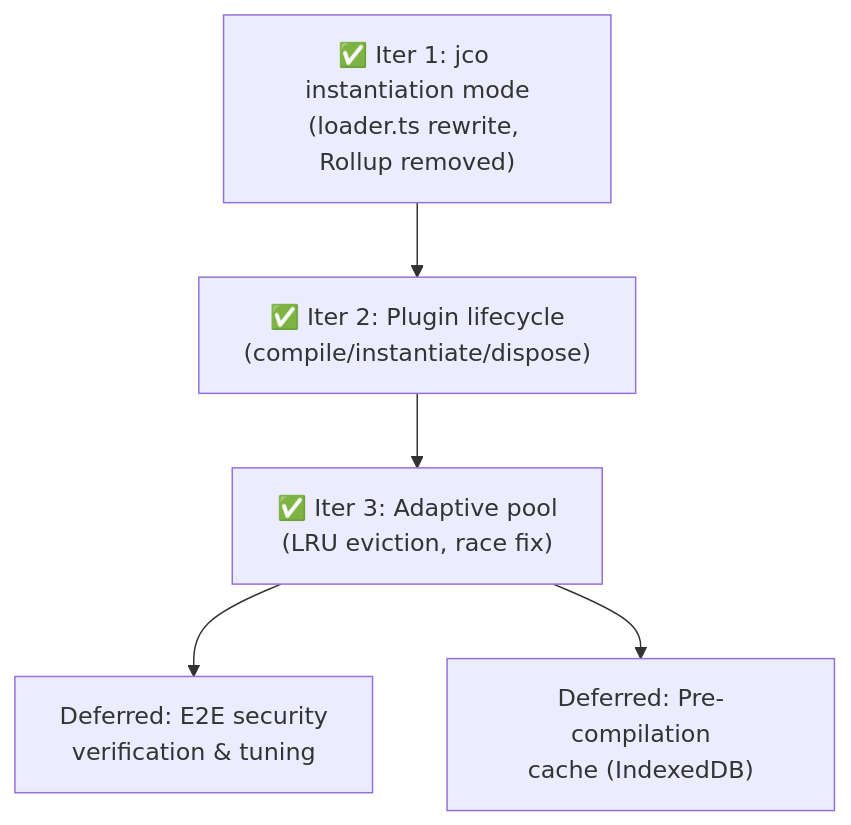
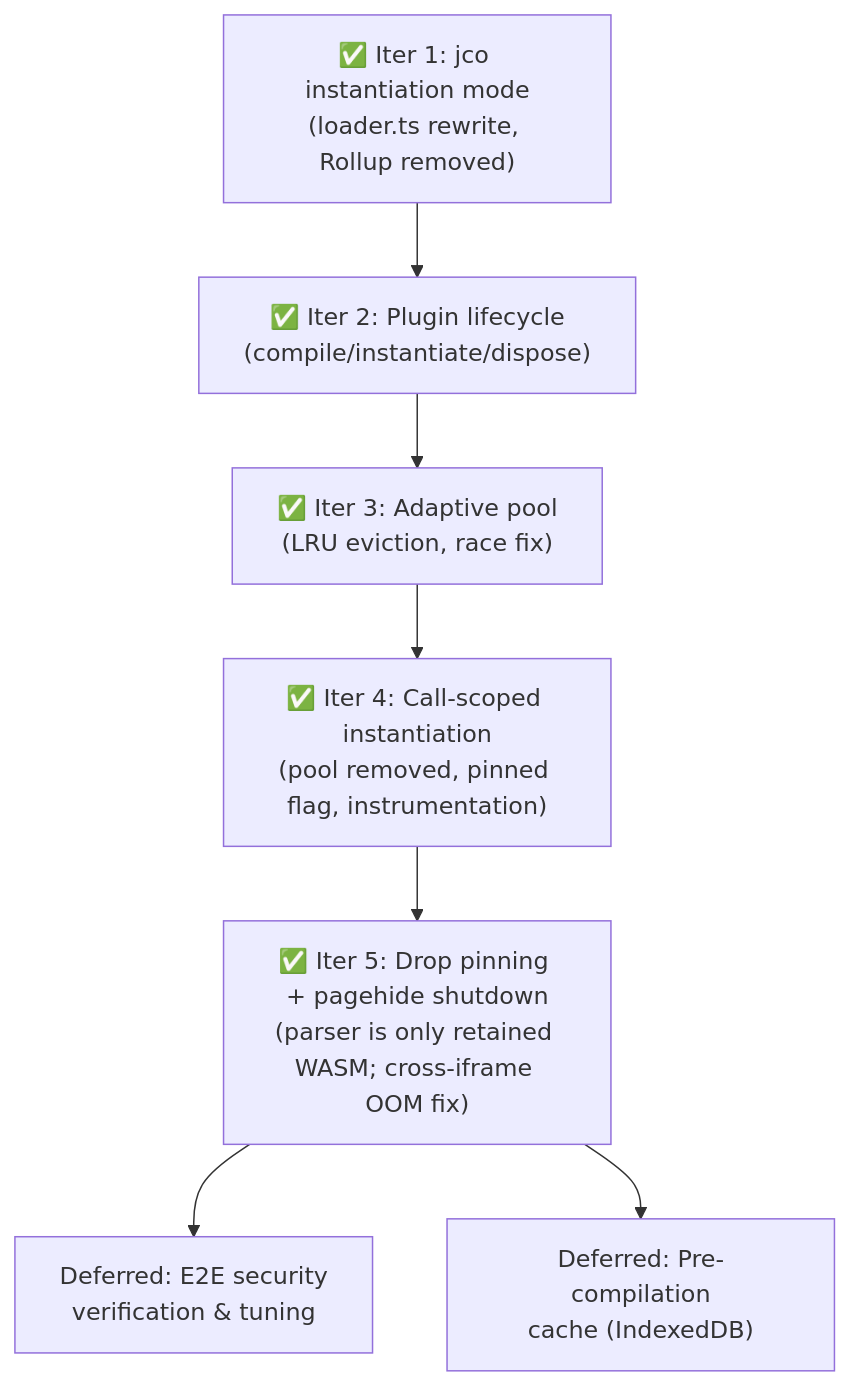
One commit to gofractally/psibase changed the second of 2 diagrams in wasm-plugin-memory-plan.md. Above: the diagram before and after it, drawn with Mermaid. The commit also changed other lines of this file and 9 other files, not shown here.

````diff
--- a/wasm-plugin-memory-plan.md
+++ b/wasm-plugin-memory-plan.md
@@ -212,7 +264,9 @@
 ```mermaid
 flowchart TD
     I1["✅ Iter 1: jco instantiation mode\n(loader.ts rewrite, Rollup removed)"] --> I2["✅ Iter 2: Plugin lifecycle\n(compile/instantiate/dispose)"]
     I2 --> I3["✅ Iter 3: Adaptive pool\n(LRU eviction, race fix)"]
-    I3 --> D1["Deferred: E2E security\nverification & tuning"]
-    I3 --> D2["Deferred: Pre-compilation\ncache (IndexedDB)"]
+    I3 --> I4["✅ Iter 4: Call-scoped instantiation\n(pool removed, pinned flag, instrumentation)"]
+    I4 --> I5["✅ Iter 5: Drop pinning + pagehide shutdown\n(parser is only retained WASM; cross-iframe OOM fix)"]
+    I5 --> D1["Deferred: E2E security\nverification & tuning"]
+    I5 --> D2["Deferred: Pre-compilation\ncache (IndexedDB)"]
 ```
````
